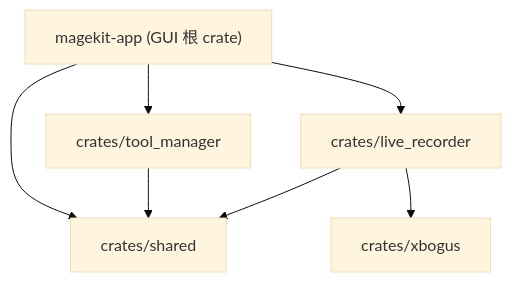
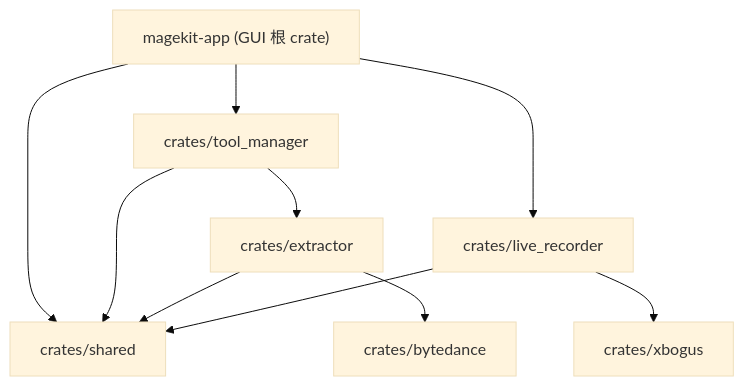
Before and after one commit to emojiiii/magekit-app: the diagram in CLAUDE.md, drawn with Mermaid (base theme). The commit also changed other lines of this file and 3 other files, not shown here.

First line of the commit message:
feat: update CLAUDE documentation and add extractor and bytedance modules

````diff
--- a/CLAUDE.md
+++ b/CLAUDE.md
@@ -24,9 +26,12 @@
 ```mermaid
 graph TD
     app["magekit-app (GUI 根 crate)"] --> shared["crates/shared"]
     app --> tool_manager["crates/tool_manager"]
     app --> live_recorder["crates/live_recorder"]
     tool_manager --> shared
+    tool_manager --> extractor["crates/extractor"]
+    extractor --> shared
+    extractor --> bytedance["crates/bytedance"]
     live_recorder --> shared
     live_recorder --> xbogus["crates/xbogus"]
 ```
````
